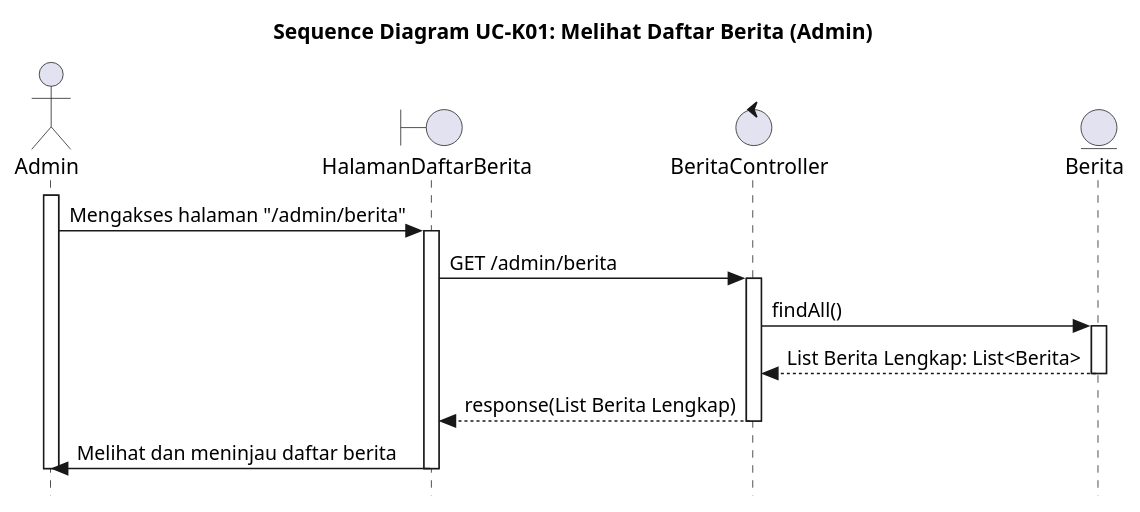
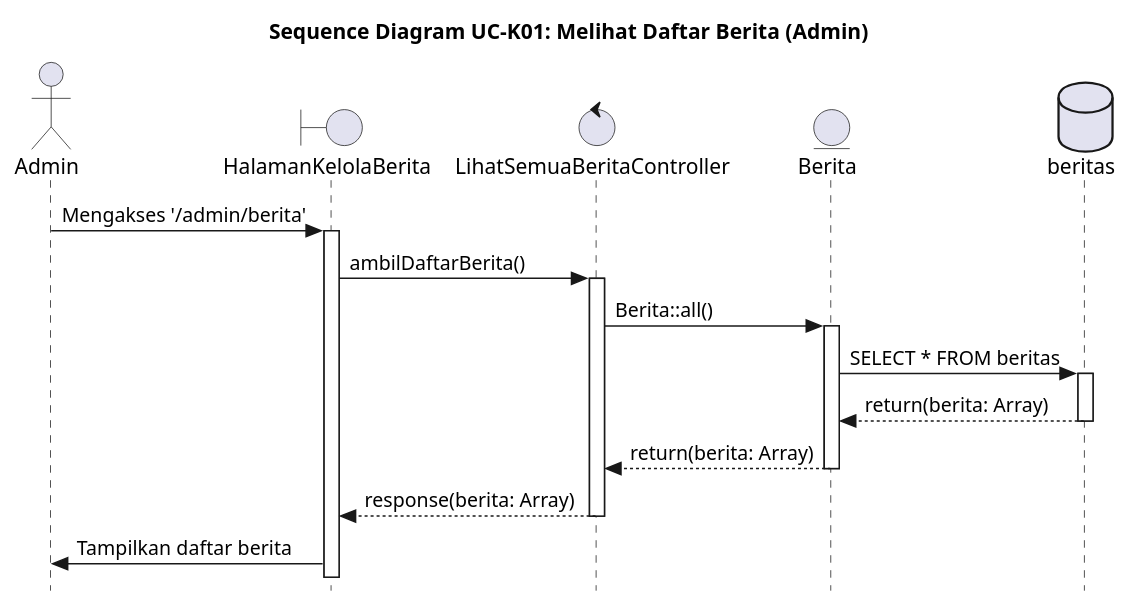
One commit to alfiahnurfa/RSI-PROYEK-AKHIR-SEQUENCE changed the diagram in UC-K01.PUML. Above: the diagram before and after it, drawn with PlantUML. The commit also changed 15 other files, not shown here.

Commit message:
perbaikan seq diagram

```diff
--- a/UC-K01.PUML
+++ b/UC-K01.PUML
@@ -1,29 +1,35 @@
 @startuml SD-UC-K01_MelihatDaftarBeritaAdmin
 title Sequence Diagram UC-K01: Melihat Daftar Berita (Admin)
 skinparam style strictuml
 
 actor Admin
-boundary HalamanDaftarBerita
-control BeritaController
+boundary HalamanKelolaBerita
+control LihatSemuaBeritaController
 entity Berita
+database beritas
 
-activate Admin
-Admin -> HalamanDaftarBerita : Mengakses halaman "/admin/berita"
-activate HalamanDaftarBerita
 
-HalamanDaftarBerita -> BeritaController : GET /admin/berita
-activate BeritaController
+Admin -> HalamanKelolaBerita : Mengakses '/admin/berita'
+activate HalamanKelolaBerita
 
-BeritaController -> Berita : findAll()
+HalamanKelolaBerita -> LihatSemuaBeritaController : ambilDaftarBerita()
+activate LihatSemuaBeritaController
+
+LihatSemuaBeritaController -> Berita : Berita::all()
 activate Berita
-Berita --> BeritaController : List Berita Lengkap: List<Berita>
+
+Berita -> beritas : SELECT * FROM beritas
+activate beritas
+
+beritas --> Berita : return(berita: Array)
+deactivate beritas
+
+Berita --> LihatSemuaBeritaController : return(berita: Array)
 deactivate Berita
 
-BeritaController --> HalamanDaftarBerita : response(List Berita Lengkap)
-deactivate BeritaController
-    
-HalamanDaftarBerita -> Admin : Melihat dan meninjau daftar berita
-deactivate HalamanDaftarBerita
-deactivate Admin
+LihatSemuaBeritaController --> HalamanKelolaBerita : response(berita: Array)
+deactivate LihatSemuaBeritaController
+
+HalamanKelolaBerita -> Admin : Tampilkan daftar berita
 
 @enduml
```
